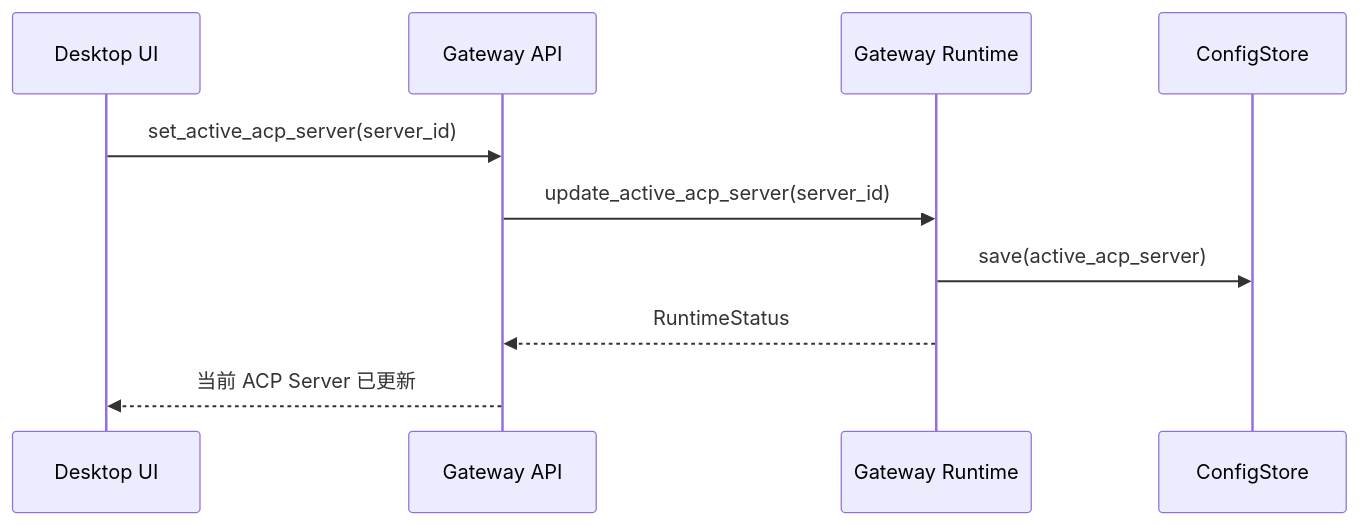
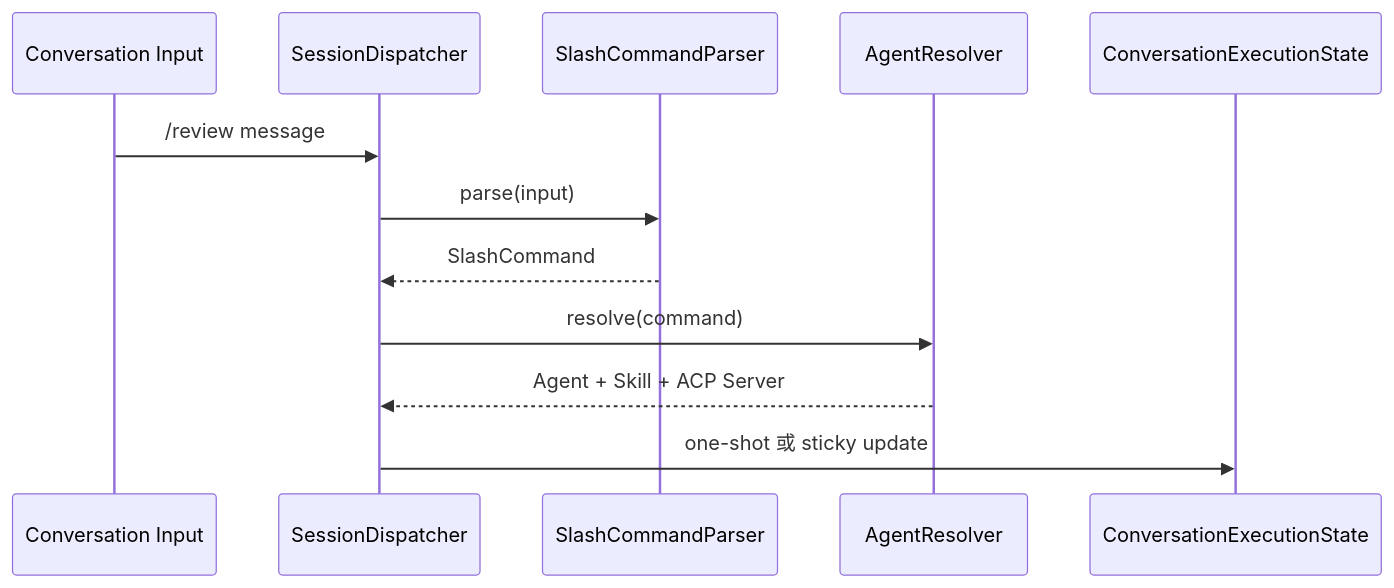
The third of 3 diagrams in docs/architecture/00-overview.md (zhuxining/MindClaw), drawn with Mermaid before and after one commit. The commit also changed other lines of this file and 17 other files, not shown here.

First line of the commit message:
feat: add event bus for runtime events and message processing

````diff
--- a/docs/architecture/00-overview.md
+++ b/docs/architecture/00-overview.md
@@ -152,13 +155,15 @@
 ```mermaid
 sequenceDiagram
-    participant UI as Desktop UI
-    participant API as Gateway API
-    participant RT as Gateway Runtime
-    participant CFG as ConfigStore
+    participant UI as Conversation Input
+    participant SD as SessionDispatcher
+    participant CP as SlashCommandParser
+    participant AR as AgentResolver
+    participant STATE as ConversationExecutionState
 
-    UI->>API: set_active_acp_server(server_id)
-    API->>RT: update_active_acp_server(server_id)
-    RT->>CFG: save(active_acp_server)
-    RT-->>API: RuntimeStatus
-    API-->>UI: 当前 ACP Server 已更新
+    UI->>SD: /review message
+    SD->>CP: parse(input)
+    CP-->>SD: SlashCommand
+    SD->>AR: resolve(command)
+    AR-->>SD: Agent + Skill + ACP Server
+    SD->>STATE: one-shot 或 sticky update
 ```
````
